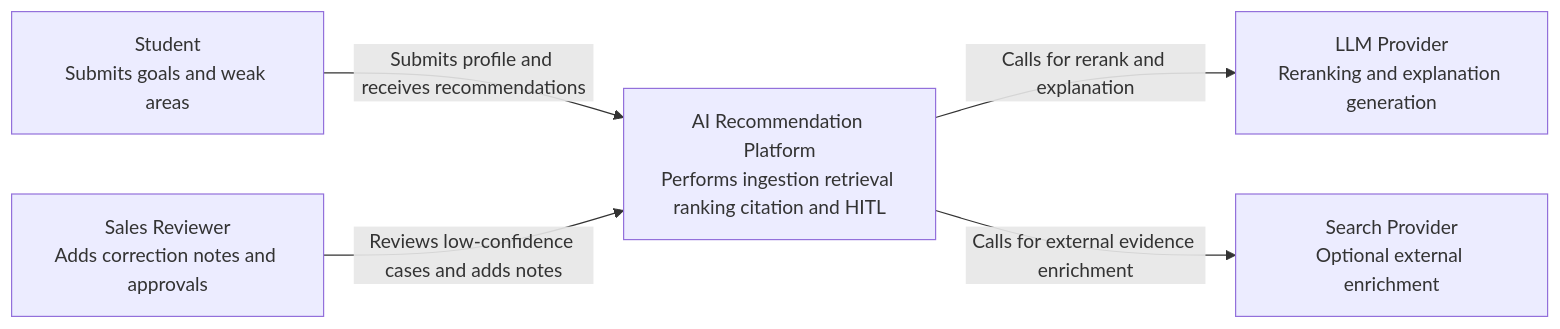
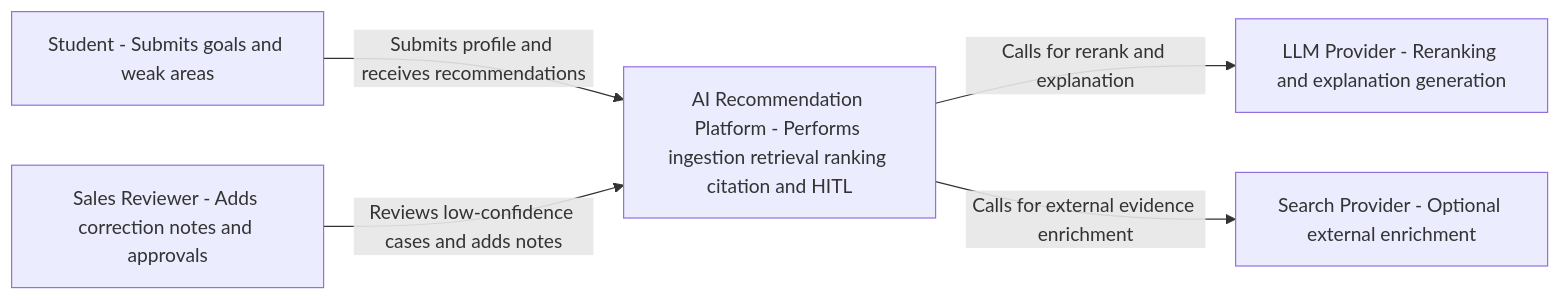
The sixth of 8 diagrams in technical-proposal.md (JackTran15/TF_AI_Engineer_Assignment), drawn with Mermaid before and after one commit. The commit also changed other lines of this file and 8 other files, not shown here.

````diff
--- a/technical-proposal.md
+++ b/technical-proposal.md
@@ -274,13 +274,13 @@
 ```mermaid
 flowchart LR
-    studentUser["Student<br/>Submits goals and weak areas"]
-    salesReviewer["Sales Reviewer<br/>Adds correction notes and approvals"]
-    aiPlatform["AI Recommendation Platform<br/>Performs ingestion retrieval ranking citation and HITL"]
-    llmProvider["LLM Provider<br/>Reranking and explanation generation"]
-    searchProvider["Search Provider<br/>Optional external enrichment"]
+    studentUser["Student - Submits goals and weak areas"]
+    salesReviewer["Sales Reviewer - Adds correction notes and approvals"]
+    aiPlatform["AI Recommendation Platform - Performs ingestion retrieval ranking citation and HITL"]
+    llmProvider["LLM Provider - Reranking and explanation generation"]
+    searchProvider["Search Provider - Optional external enrichment"]
 
     studentUser -->|"Submits profile and receives recommendations"| aiPlatform
     salesReviewer -->|"Reviews low-confidence cases and adds notes"| aiPlatform
     aiPlatform -->|"Calls for rerank and explanation"| llmProvider
     aiPlatform -->|"Calls for external evidence enrichment"| searchProvider
 ```
````
